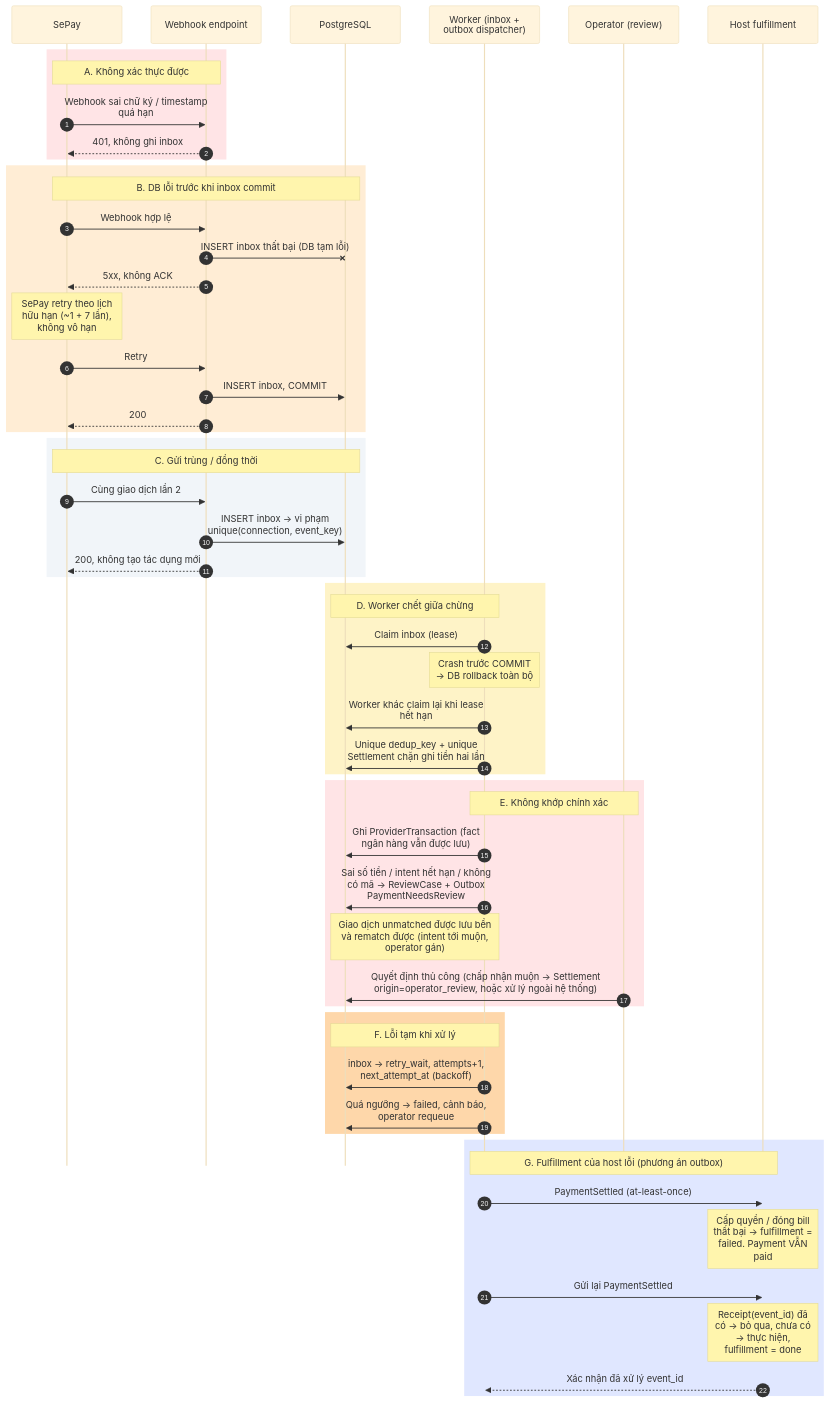
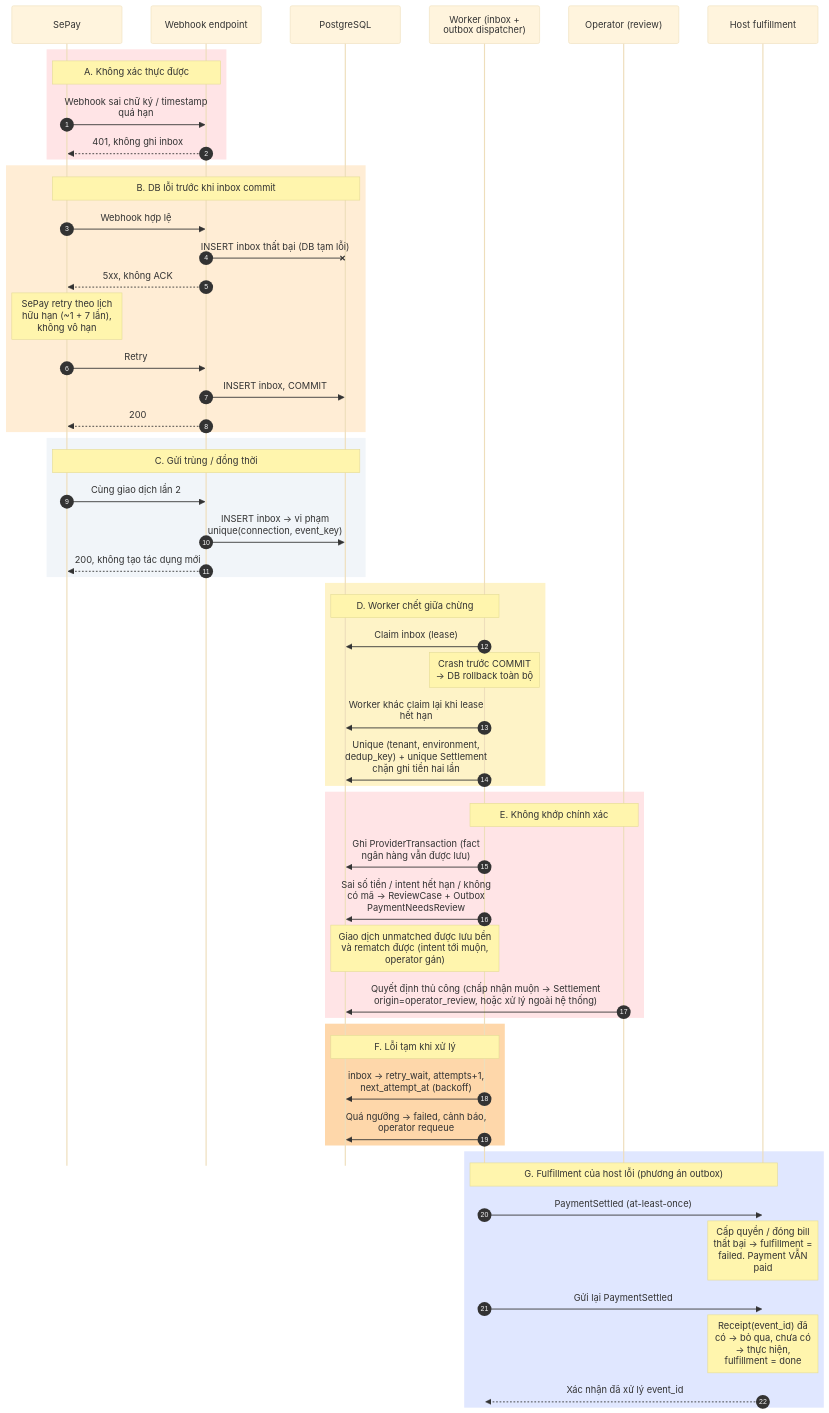
The diagram in diagrams/07-sequence-failure-retry.md (phanhaitrieu37/payment-modules), drawn with Mermaid before and after one commit. The commit also changed other lines of this file and 14 other files, not shown here.

Commit message:
docs: tighten ownership and scope constraints before schema freeze

````diff
--- a/diagrams/07-sequence-failure-retry.md
+++ b/diagrams/07-sequence-failure-retry.md
@@ -14,73 +14,73 @@
 ```mermaid
 ---
 config:
   theme: base
   fontFamily: Arial, Helvetica, sans-serif
   sequence:
     wrap: true
     width: 190
     messageFontSize: 15
     noteFontSize: 14
     actorFontSize: 15
     mirrorActors: false
     showSequenceNumbers: true
   themeVariables:
     fontFamily: "Arial, Helvetica, sans-serif"
 ---
 sequenceDiagram
   autonumber
   participant S as SePay
   participant R as Webhook endpoint
   participant DB as PostgreSQL
   participant W as Worker (inbox + outbox dispatcher)
   participant O as Operator (review)
   participant HH as Host fulfillment
   rect rgb(255, 228, 230)
     Note over S,R: A. Không xác thực được
     S->>R: Webhook sai chữ ký / timestamp quá hạn
     R-->>S: 401, không ghi inbox
   end
   rect rgb(255, 237, 213)
     Note over S,DB: B. DB lỗi trước khi inbox commit
     S->>R: Webhook hợp lệ
     R-xDB: INSERT inbox thất bại (DB tạm lỗi)
     R-->>S: 5xx, không ACK
     Note over S: SePay retry theo lịch hữu hạn (~1 + 7 lần), không vô hạn
     S->>R: Retry
     R->>DB: INSERT inbox, COMMIT
     R-->>S: 200
   end
   rect rgb(241, 245, 249)
     Note over S,DB: C. Gửi trùng / đồng thời
     S->>R: Cùng giao dịch lần 2
     R->>DB: INSERT inbox → vi phạm unique(connection, event_key)
     R-->>S: 200, không tạo tác dụng mới
   end
   rect rgb(254, 243, 199)
     Note over W,DB: D. Worker chết giữa chừng
     W->>DB: Claim inbox (lease)
     Note over W: Crash trước COMMIT → DB rollback toàn bộ
     W->>DB: Worker khác claim lại khi lease hết hạn
-    W->>DB: Unique dedup_key + unique Settlement chặn ghi tiền hai lần
+    W->>DB: Unique (tenant, environment, dedup_key) + unique Settlement chặn ghi tiền hai lần
   end
   rect rgb(255, 228, 230)
     Note over W,O: E. Không khớp chính xác
     W->>DB: Ghi ProviderTransaction (fact ngân hàng vẫn được lưu)
     W->>DB: Sai số tiền / intent hết hạn / không có mã → ReviewCase + Outbox PaymentNeedsReview
     Note over W,DB: Giao dịch unmatched được lưu bền và rematch được (intent tới muộn, operator gán)
     O->>DB: Quyết định thủ công (chấp nhận muộn → Settlement origin=operator_review, hoặc xử lý ngoài hệ thống)
   end
   rect rgb(254, 215, 170)
     Note over W,DB: F. Lỗi tạm khi xử lý
     W->>DB: inbox → retry_wait, attempts+1, next_attempt_at (backoff)
     W->>DB: Quá ngưỡng → failed, cảnh báo, operator requeue
   end
   rect rgb(224, 231, 255)
     Note over W,HH: G. Fulfillment của host lỗi (phương án outbox)
     W->>HH: PaymentSettled (at-least-once)
     Note over HH: Cấp quyền / đóng bill thất bại → fulfillment = failed. Payment VẪN paid
     W->>HH: Gửi lại PaymentSettled
     Note over HH: Receipt(event_id) đã có → bỏ qua, chưa có → thực hiện, fulfillment = done
     HH-->>W: Xác nhận đã xử lý event_id
   end
 ```
````
